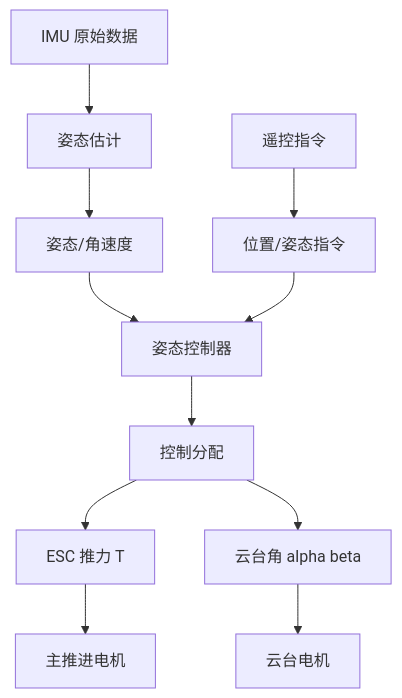
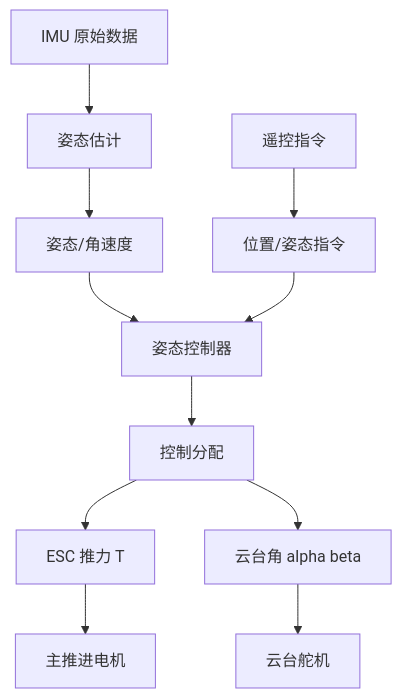
One commit to Ryan-5853/DroneX changed the second of 2 diagrams in firmware/docs/FLIGHT_CONTROL_DESIGN.md. Above: the diagram before and after it, drawn with Mermaid. The commit also changed other lines of this file and 299 other files, not shown here.

````diff
--- a/firmware/docs/FLIGHT_CONTROL_DESIGN.md
+++ b/firmware/docs/FLIGHT_CONTROL_DESIGN.md
@@ -140,13 +140,13 @@
 ```mermaid
 flowchart TB
     IMU[IMU 原始数据] --> Est[姿态估计]
     Est --> Att[姿态/角速度]
     RC[遥控指令] --> Pos[位置/姿态指令]
     Att --> Ctrl[姿态控制器]
     Pos --> Ctrl
     Ctrl --> Alloc[控制分配]
     Alloc --> ESC[ESC 推力 T]
     Alloc --> Gimbal[云台角 alpha beta]
     ESC --> Motor[主推进电机]
-    Gimbal --> GimbalMotor[云台电机]
+    Gimbal --> GimbalMotor[云台舵机]
 ```
````
